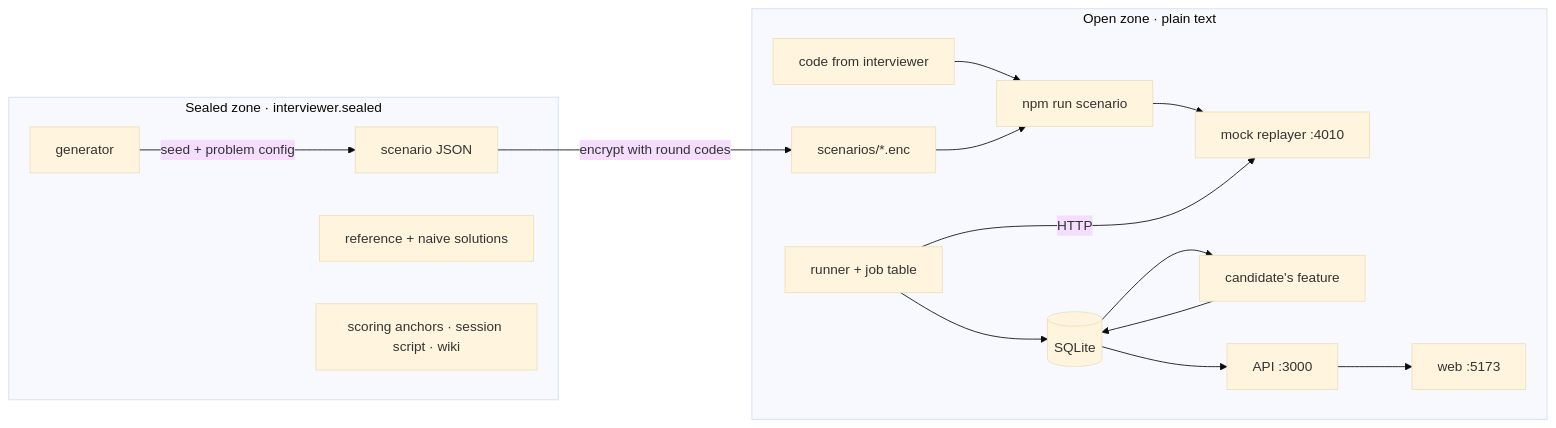
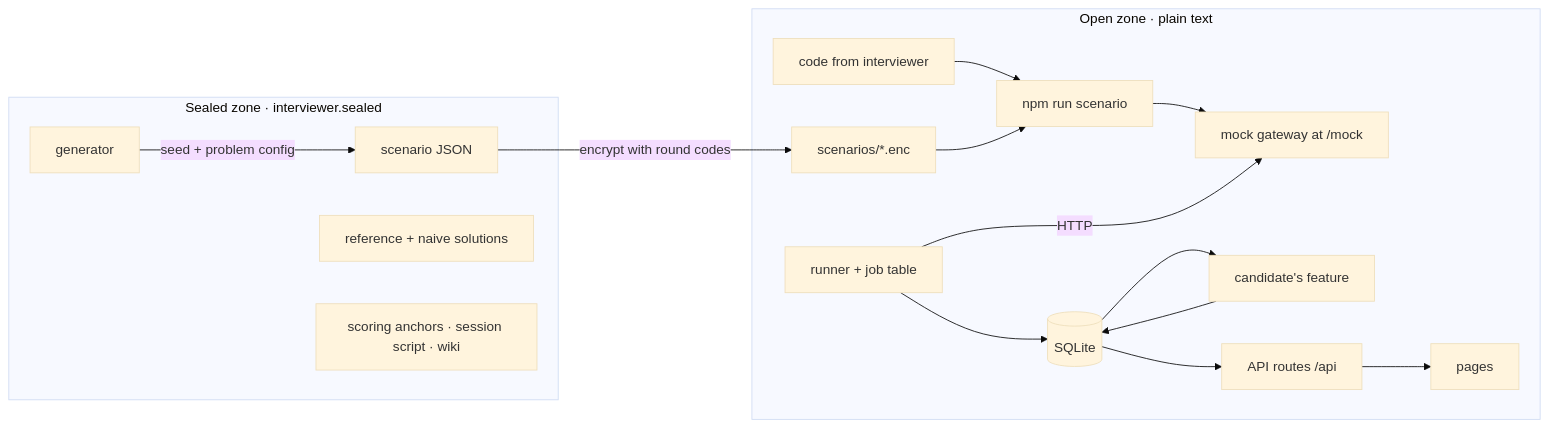
The diagram in docs/TDD.md (collect-intel/technical-feature-interview), drawn with Mermaid (base theme) before and after one commit. The commit also changed other lines of this file and 46 other files, not shown here.

````diff
--- a/docs/TDD.md
+++ b/docs/TDD.md
@@ -60,18 +60,18 @@
 ```mermaid
 flowchart LR
     subgraph sealed[Sealed zone · interviewer.sealed]
         gen[generator] -- seed + problem config --> scen[scenario JSON]
         ref[reference + naive solutions]
         anchors[scoring anchors · session script · wiki]
     end
     scen -- encrypt with round codes --> enc[scenarios/*.enc]
     subgraph open[Open zone · plain text]
-        code[code from interviewer] --> dec[npm run scenario] --> mock[mock replayer :4010]
+        code[code from interviewer] --> dec[npm run scenario] --> mock[mock gateway at /mock]
         enc --> dec
         runner[runner + job table] -- HTTP --> mock
         runner --> db[(SQLite)]
         db --> feature[candidate's feature]
         feature --> db
-        db --> api[API :3000] --> ui[web :5173]
+        db --> api[API routes /api] --> ui[pages]
     end
 ```
````
